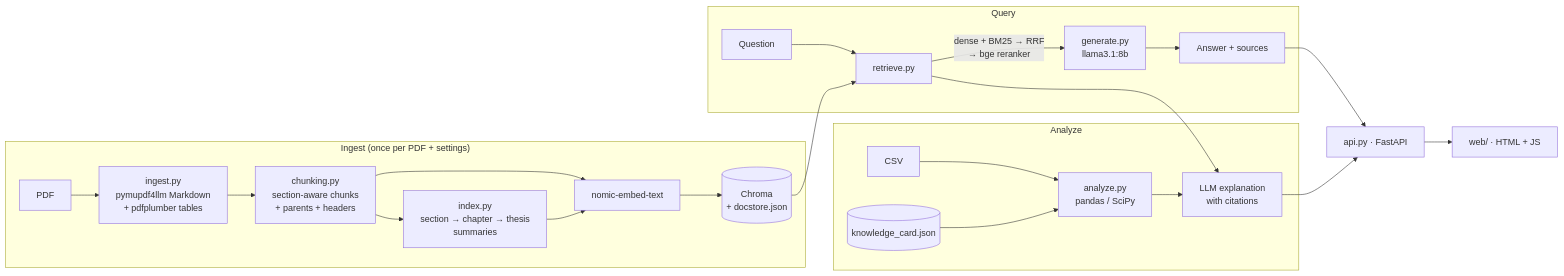
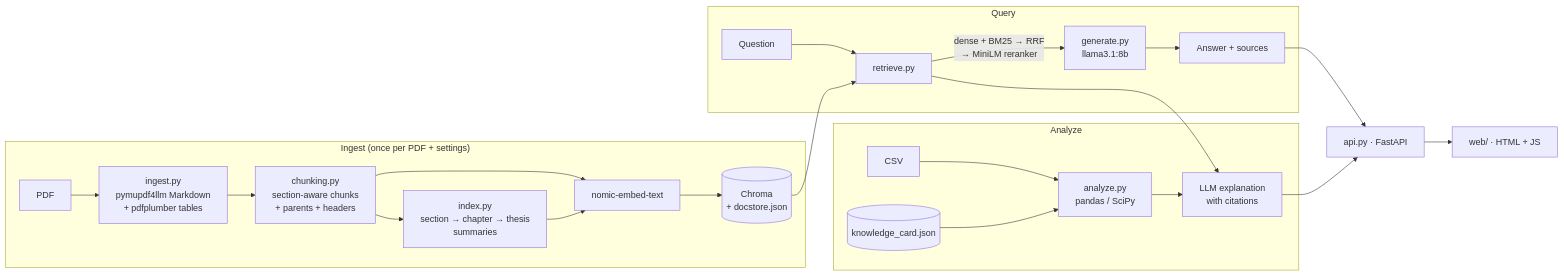
Before and after one commit to magic-peach/RAG-model: the diagram in docs/ARCHITECTURE.md, drawn with Mermaid. The commit also changed other lines of this file and 1 other file, not shown here.

Commit message:
docs: explain answer modes, reasoning, saved chats, the faster reranker and the hosted demo

````diff
--- a/docs/ARCHITECTURE.md
+++ b/docs/ARCHITECTURE.md
@@ -8,26 +8,26 @@
 ```mermaid
 flowchart LR
     subgraph Ingest["Ingest (once per PDF + settings)"]
         PDF[PDF] --> P[ingest.py<br/>pymupdf4llm Markdown<br/>+ pdfplumber tables]
         P --> C[chunking.py<br/>section-aware chunks<br/>+ parents + headers]
         C --> S[index.py<br/>section → chapter → thesis<br/>summaries]
         C --> E[nomic-embed-text]
         S --> E
         E --> DB[(Chroma<br/>+ docstore.json)]
     end
     subgraph Query["Query"]
         Q[Question] --> R[retrieve.py]
         DB --> R
-        R -->|dense + BM25 → RRF<br/>→ bge reranker| G[generate.py<br/>llama3.1:8b]
+        R -->|dense + BM25 → RRF<br/>→ MiniLM reranker| G[generate.py<br/>llama3.1:8b]
         G --> A[Answer + sources]
     end
     subgraph Analyze["Analyze"]
         CSV[CSV] --> ST[analyze.py<br/>pandas / SciPy]
         KC[(knowledge_card.json)] --> ST
         ST --> X[LLM explanation<br/>with citations]
         R --> X
     end
     A --> API[api.py · FastAPI]
     X --> API
     API --> UI[web/ · HTML + JS]
 ```
````
